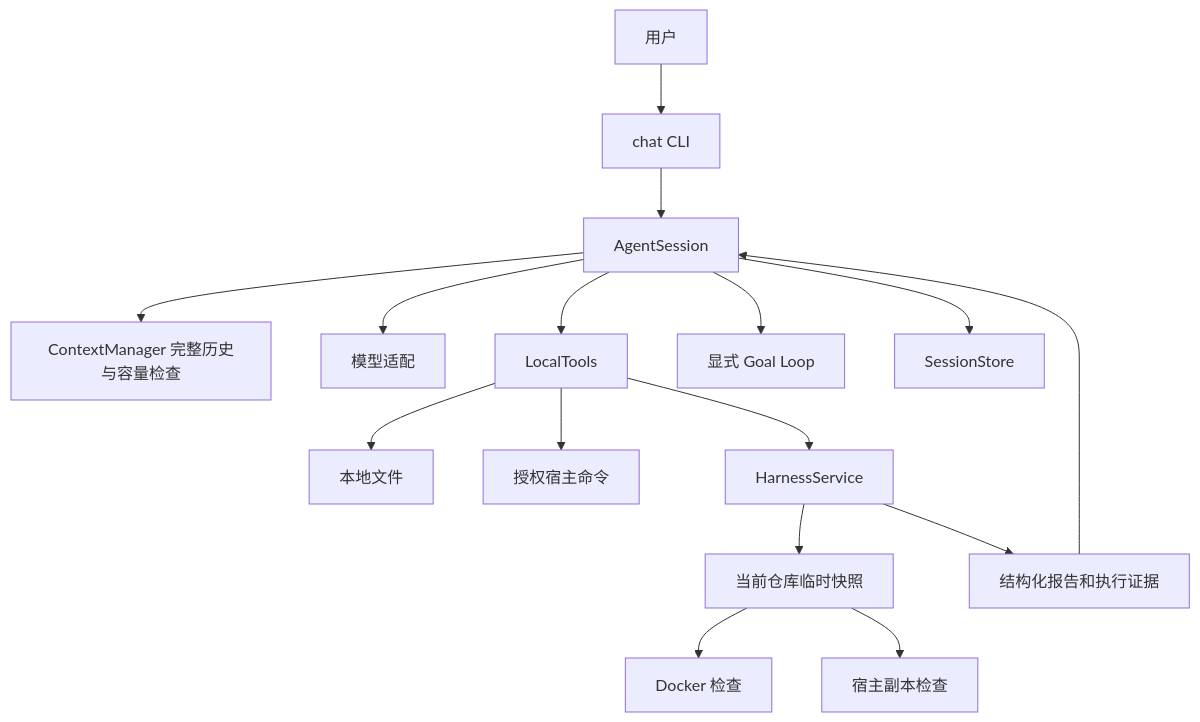
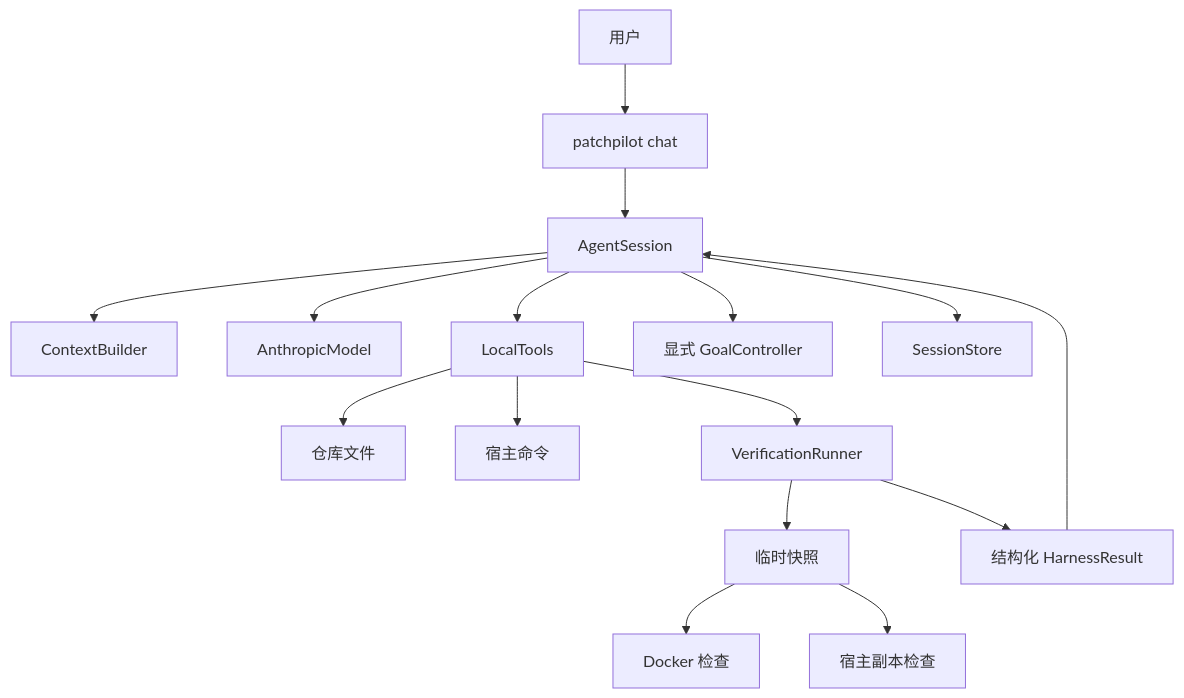
One commit to AspireByte/PatchPilot changed the diagram in docs/architecture.md. Above: the diagram before and after it, drawn with Mermaid. The commit also changed other lines of this file and 166 other files, not shown here.

````diff
--- a/docs/architecture.md
+++ b/docs/architecture.md
@@ -7,18 +29,18 @@
 ```mermaid
 flowchart TD
-    U[用户] --> CLI[chat CLI]
+    U[用户] --> CLI[patchpilot chat]
     CLI --> S[AgentSession]
-    S --> C[ContextManager 完整历史与容量检查]
-    S --> M[模型适配]
+    S --> C[ContextBuilder]
+    S --> M[AnthropicModel]
     S --> T[LocalTools]
-    T --> F[本地文件]
-    T --> P[授权宿主命令]
-    T --> H[HarnessService]
-    H --> SNAP[当前仓库临时快照]
-    SNAP --> D[Docker 检查]
-    SNAP --> HOST[宿主副本检查]
-    H --> E[结构化报告和执行证据]
-    E --> S
-    S --> G[显式 Goal Loop]
-    S --> STORE[SessionStore]
+    T --> F[仓库文件]
+    T --> P[宿主命令]
+    T --> H[VerificationRunner]
+    H --> X[临时快照]
+    X --> D[Docker 检查]
+    X --> L[宿主副本检查]
+    H --> R[结构化 HarnessResult]
+    R --> S
+    S --> G[显式 GoalController]
+    S --> W[SessionStore]
 ```
````
